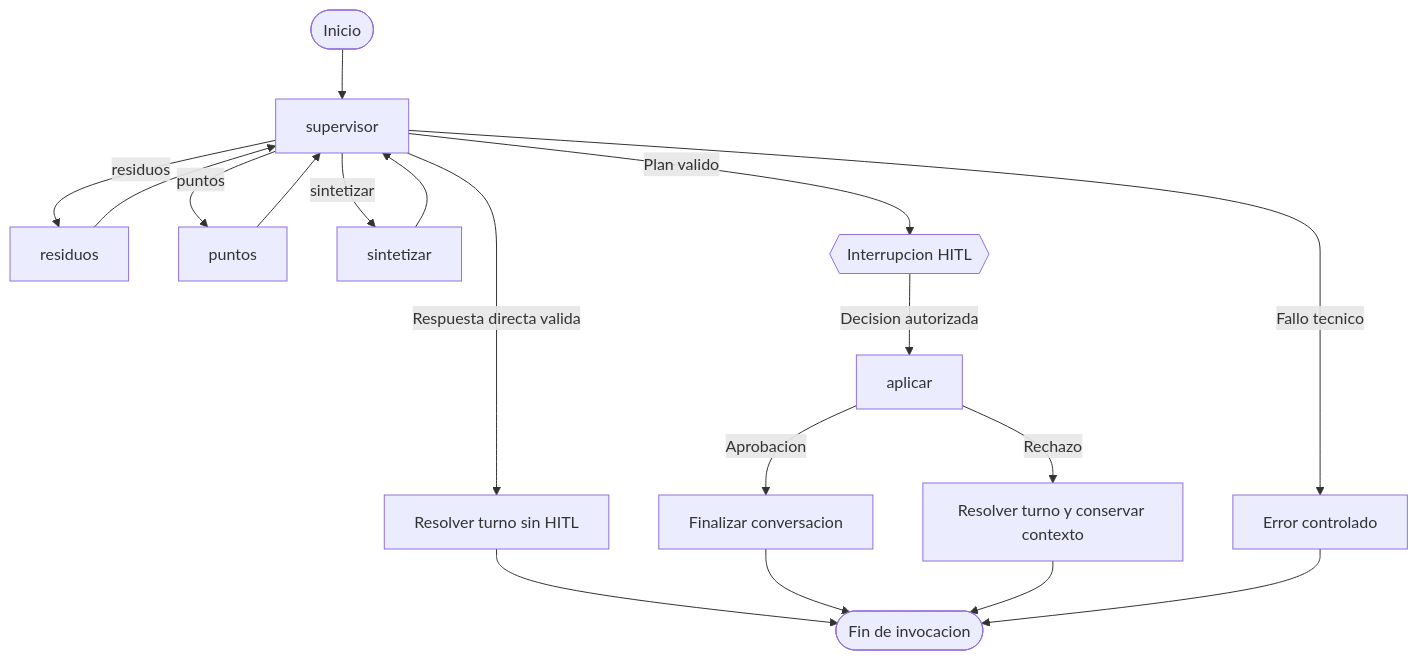
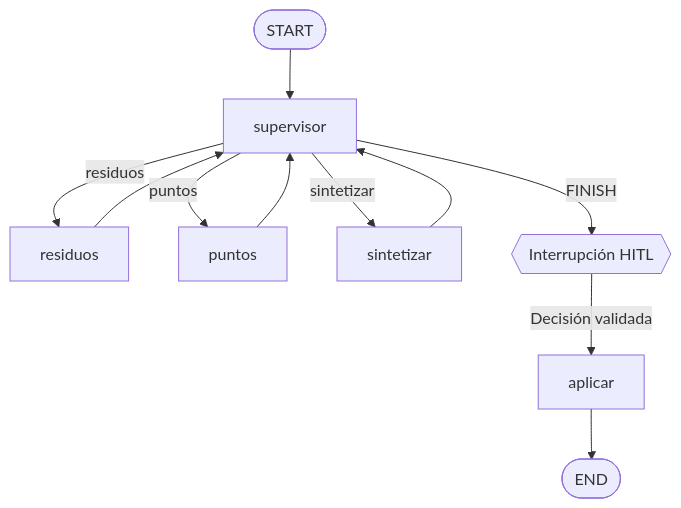
Before and after one commit to alex-bometon/pb03_equipo18: the first of 2 diagrams in specs/06-langgraph.md, drawn with Mermaid. The commit also changed other lines of this file and 1 other file, not shown here.

````diff
--- a/specs/06-langgraph.md
+++ b/specs/06-langgraph.md
@@ -46,25 +54,17 @@
 ```mermaid
 flowchart TD
-    START([Inicio]) --> S[supervisor]
+    START([START]) --> S[supervisor]
+
     S -->|residuos| R[residuos]
     S -->|puntos| P[puntos]
     S -->|sintetizar| Y[sintetizar]
 
     R --> S
     P --> S
     Y --> S
 
-    S -->|Respuesta directa valida| D[Resolver turno sin HITL]
-    S -->|Plan valido| H{{Interrupcion HITL}}
-    S -->|Fallo tecnico| E[Error controlado]
+    S -->|FINISH| H{{Interrupción HITL}}
+    H -->|Decisión validada| A[aplicar]
 
-    H -->|Decision autorizada| A[aplicar]
-
-    A -->|Aprobacion| F[Finalizar conversacion]
-    A -->|Rechazo| N[Resolver turno y conservar contexto]
-
-    D --> END([Fin de invocacion])
-    F --> END
-    N --> END
-    E --> END
+    A --> END([END])
 ```
````
